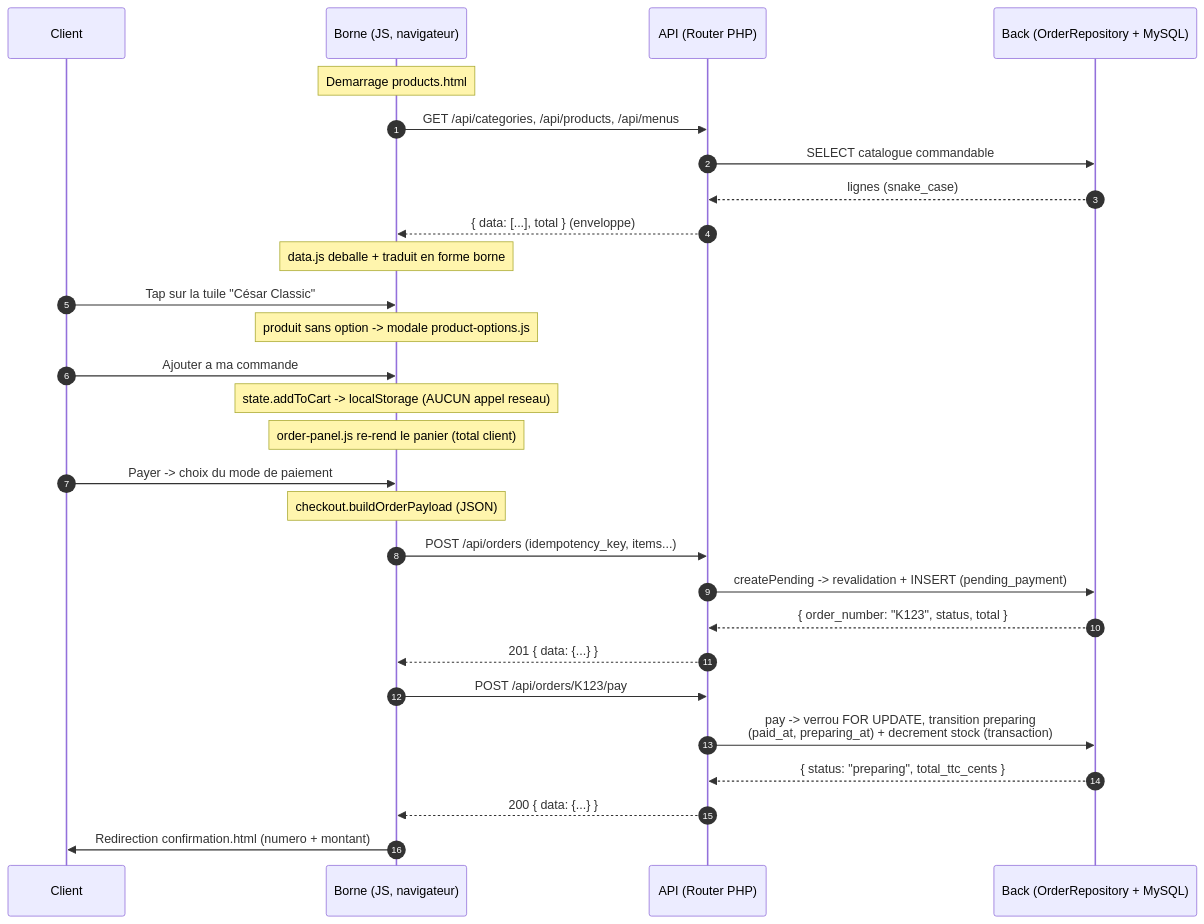
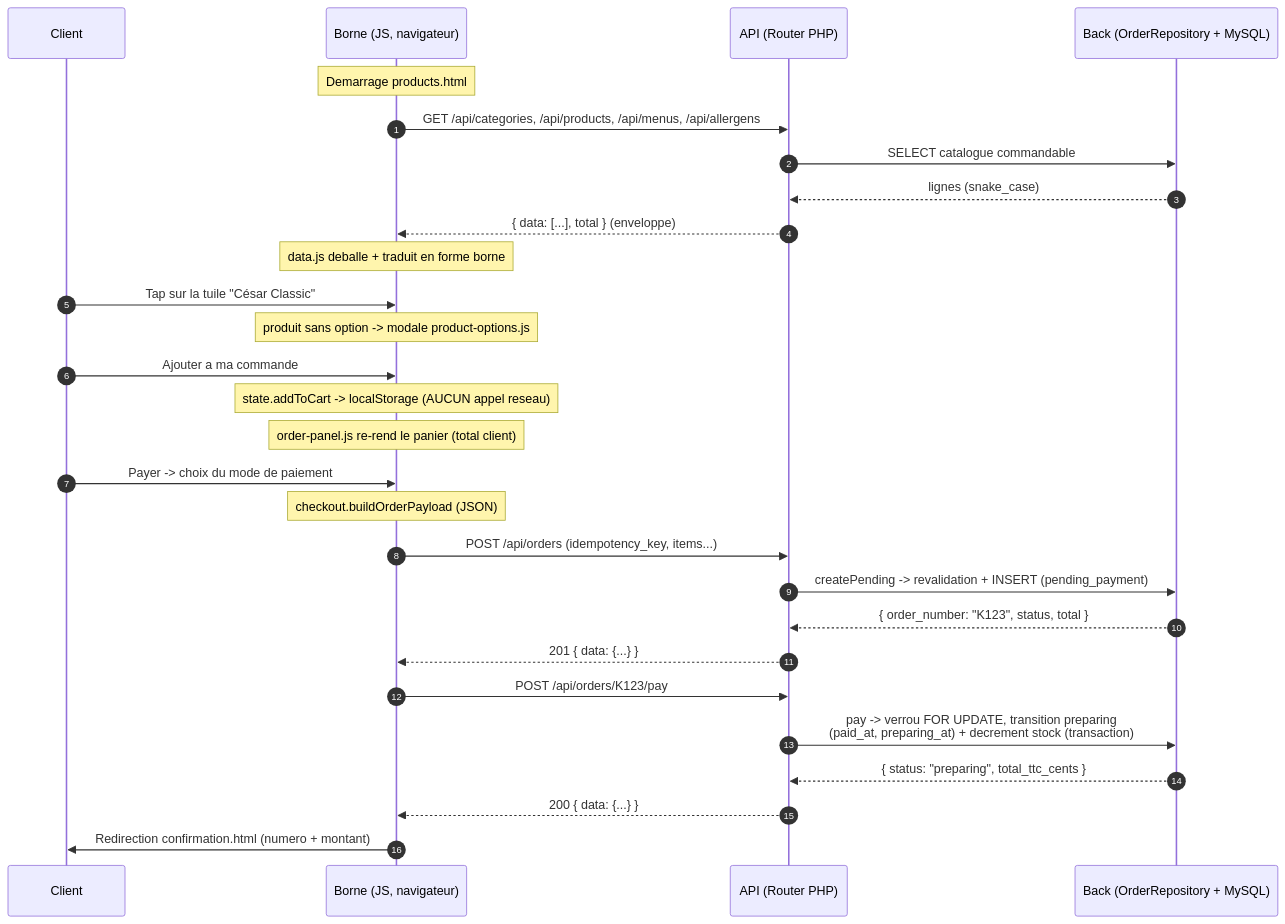
Before and after one commit to AcadeNice/wakdo_corentin: the diagram in docs/architecture/flux-borne-selection-vers-commande.md, drawn with Mermaid. The commit also changed other lines of this file and 47 other files, not shown here.

````diff
--- a/docs/architecture/flux-borne-selection-vers-commande.md
+++ b/docs/architecture/flux-borne-selection-vers-commande.md
@@ -30,36 +35,36 @@
 ```mermaid
 sequenceDiagram
     autonumber
     participant C as Client
     participant B as Borne (JS, navigateur)
     participant A as API (Router PHP)
     participant DB as Back (OrderRepository + MySQL)
 
     Note over B: Demarrage products.html
-    B->>A: GET /api/categories, /api/products, /api/menus
+    B->>A: GET /api/categories, /api/products, /api/menus, /api/allergens
     A->>DB: SELECT catalogue commandable
     DB-->>A: lignes (snake_case)
     A-->>B: { data: [...], total } (enveloppe)
     Note over B: data.js deballe + traduit en forme borne
 
     C->>B: Tap sur la tuile "César Classic"
     Note over B: produit sans option -> modale product-options.js
     C->>B: Ajouter a ma commande
     Note over B,B: state.addToCart -> localStorage (AUCUN appel reseau)
     Note over B: order-panel.js re-rend le panier (total client)
 
     C->>B: Payer -> choix du mode de paiement
     Note over B: checkout.buildOrderPayload (JSON)
 
     B->>A: POST /api/orders (idempotency_key, items...)
     A->>DB: createPending -> revalidation + INSERT (pending_payment)
     DB-->>A: { order_number: "K123", status, total }
     A-->>B: 201 { data: {...} }
 
     B->>A: POST /api/orders/K123/pay
     A->>DB: pay -> verrou FOR UPDATE, transition preparing<br/>(paid_at, preparing_at) + decrement stock (transaction)
     DB-->>A: { status: "preparing", total_ttc_cents }
     A-->>B: 200 { data: {...} }
 
     B->>C: Redirection confirmation.html (numero + montant)
 ```
````
